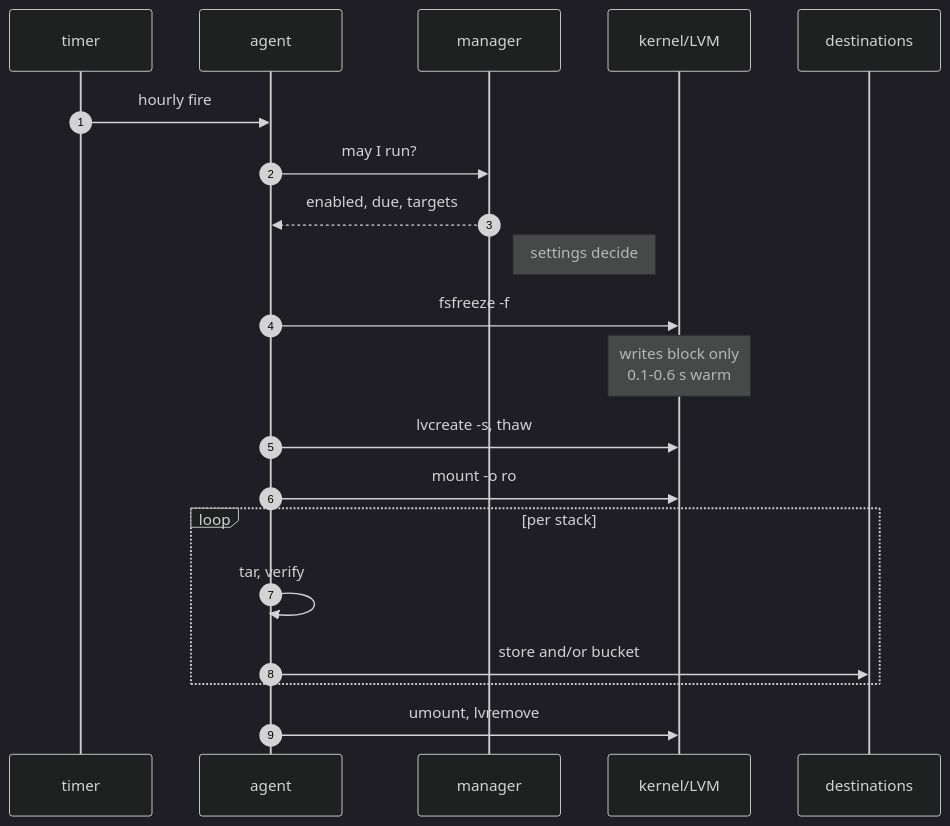
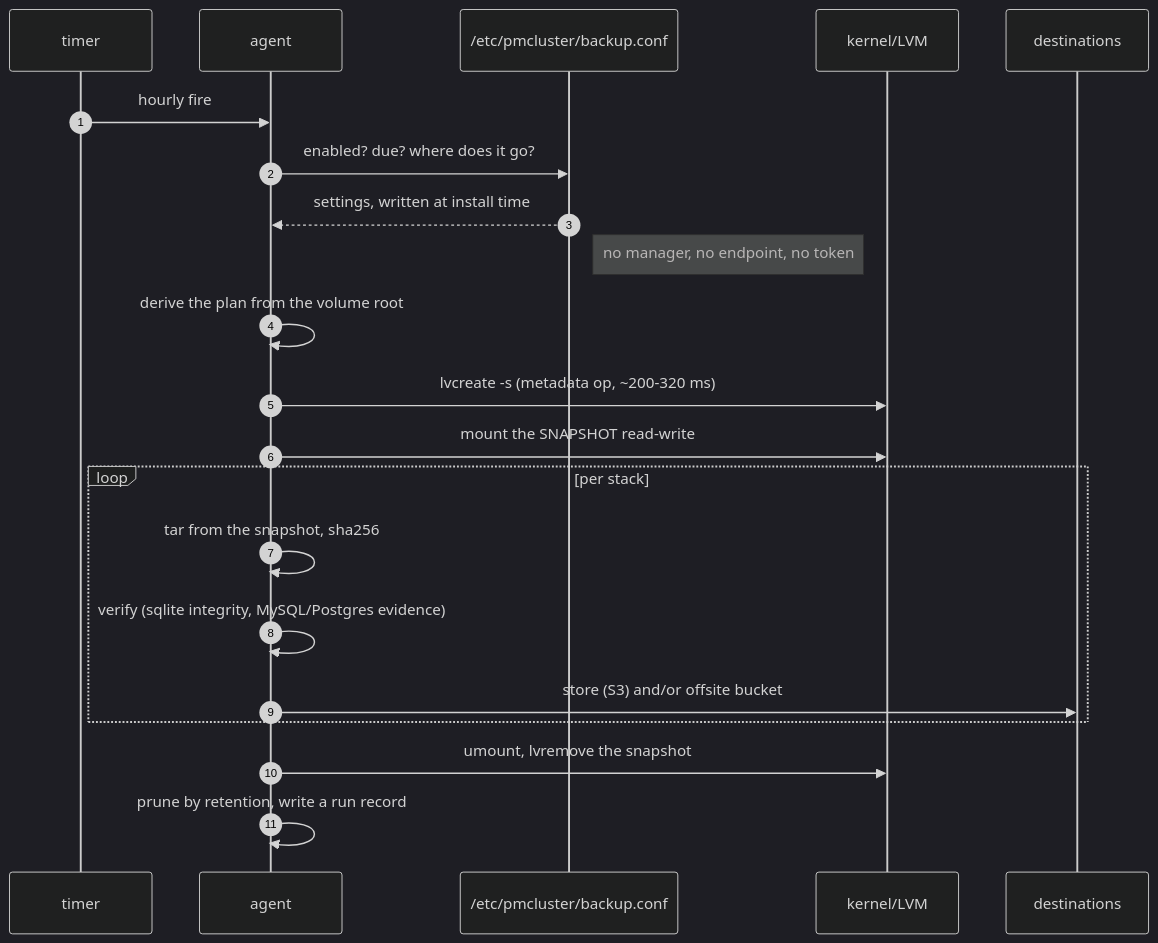
One commit to hazemarian/poor-man-cluster changed the second of 3 diagrams in docs/backup-agent-flow.md. Above: the diagram before and after it, drawn with Mermaid (dark theme). The commit also changed other lines of this file and 1 other file, not shown here.

First line of the commit message:
docs(backup): rewrite the backup chapter as the document you review, not a diagram caption

````diff
--- a/docs/backup-agent-flow.md
+++ b/docs/backup-agent-flow.md
@@ -35,23 +44,24 @@
 ```mermaid
 sequenceDiagram
  autonumber
  participant T as timer
  participant A as agent
- participant M as manager
+ participant P as /etc/pmcluster/backup.conf
  participant K as kernel/LVM
  participant D as destinations
 
  T->>A: hourly fire
- A->>M: may I run?
- M-->>A: enabled, due, targets
- Note right of M: settings decide
- A->>K: fsfreeze -f
- Note over K: writes block only<br/>0.1-0.6 s warm
- A->>K: lvcreate -s, thaw
- A->>K: mount -o ro
+ A->>P: enabled? due? where does it go?
+ P-->>A: settings, written at install time
+ Note right of P: no manager, no endpoint, no token
+ A->>A: derive the plan from the volume root
+ A->>K: lvcreate -s (metadata op, ~200-320 ms)
+ A->>K: mount the SNAPSHOT read-write
  loop per stack
-   A->>A: tar, verify
-   A->>D: store and/or bucket
+   A->>A: tar from the snapshot, sha256
+   A->>A: verify (sqlite integrity, MySQL/Postgres evidence)
+   A->>D: store (S3) and/or offsite bucket
  end
- A->>K: umount, lvremove
+ A->>K: umount, lvremove the snapshot
+ A->>A: prune by retention, write a run record
 ```
````
